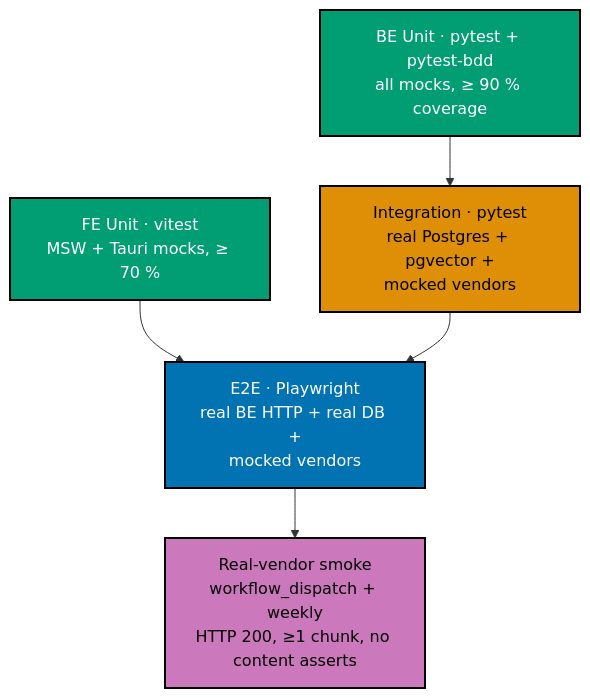
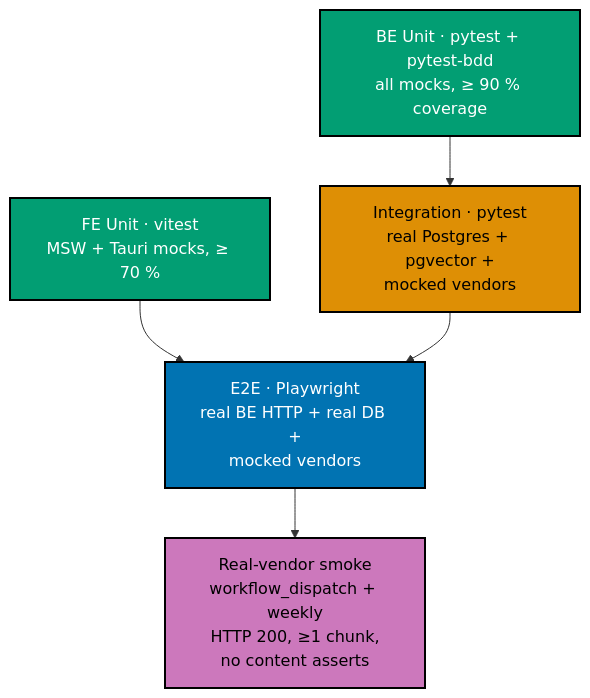
One commit to wahidyankf/ose-primer changed the first of 3 diagrams in docs/explanation/software-engineering/ai-application-development/testing-ai-apps.md. Above: the diagram before and after it, drawn with Mermaid. The commit also changed other lines of this file and 6 other files, not shown here.

Commit message:
docs: remediate mermaid violations found by broadened validate:mermaid scan

````diff
--- a/docs/explanation/software-engineering/ai-application-development/testing-ai-apps.md
+++ b/docs/explanation/software-engineering/ai-application-development/testing-ai-apps.md
@@ -65,19 +65,19 @@
 ```mermaid
 %% Color Palette: Blue #0173B2 | Orange #DE8F05 | Teal #029E73 | Purple #CC78BC | Gray #808080 | Brown #CA9161
 flowchart TD
-    SMOKE[Real-vendor smoke<br/>workflow_dispatch + weekly<br/>HTTP 200, ≥1 chunk, no content asserts]:::smoke
+    SMOKE[Real-vendor smoke<br/>workflow_dispatch + weekly<br/>HTTP 200, ≥1 chunk,<br/>no content asserts]:::smoke
     E2E[E2E · Playwright<br/>real BE HTTP + real DB +<br/>mocked vendors]:::e2e
     INT[Integration · pytest<br/>real Postgres + pgvector +<br/>mocked vendors]:::int
     UNIT_BE[BE Unit · pytest + pytest-bdd<br/>all mocks, ≥ 90 % coverage]:::unit
     UNIT_FE[FE Unit · vitest<br/>MSW + Tauri mocks, ≥ 70 %]:::unit
 
     UNIT_BE --> INT
     UNIT_FE --> E2E
     INT --> E2E
     E2E --> SMOKE
 
     classDef unit fill:#029E73,stroke:#000000,color:#FFFFFF,stroke-width:2px
     classDef int fill:#DE8F05,stroke:#000000,color:#000000,stroke-width:2px
     classDef e2e fill:#0173B2,stroke:#000000,color:#FFFFFF,stroke-width:2px
     classDef smoke fill:#CC78BC,stroke:#000000,color:#000000,stroke-width:2px
 ```
````
